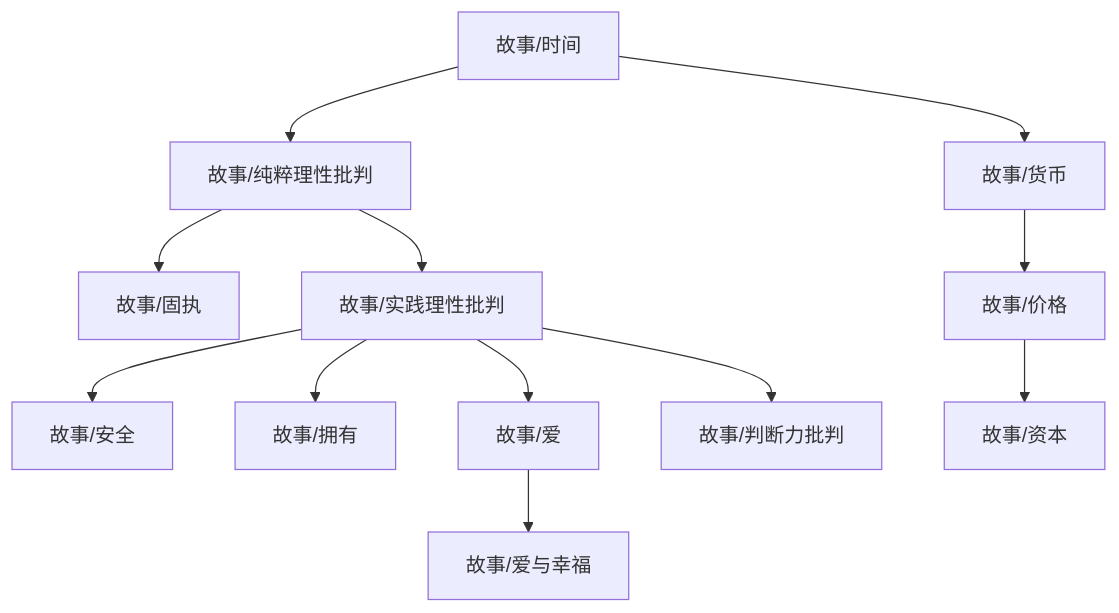
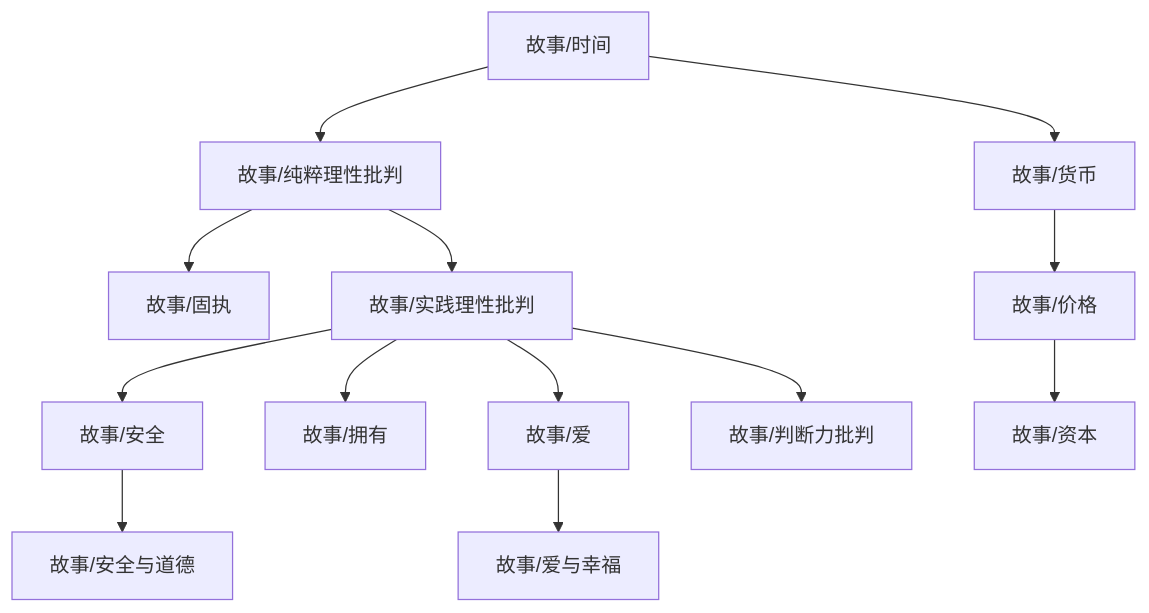
The diagram in content/故事/dependency_graph.md (zeroDtree/zeroDtree.github.io), drawn with Mermaid before and after one commit. The commit also changed 4 other files, not shown here.

````diff
--- a/content/故事/dependency_graph.md
+++ b/content/故事/dependency_graph.md
@@ -1,14 +1,15 @@
 ```mermaid
 graph TD
 1["故事/纯粹理性批判"] --> 0["故事/固执"]
 3["故事/价格"] --> 2["故事/资本"]
 1["故事/纯粹理性批判"] --> 4["故事/实践理性批判"]
 5["故事/时间"] --> 1["故事/纯粹理性批判"]
 4["故事/实践理性批判"] --> 6["故事/安全"]
 4["故事/实践理性批判"] --> 7["故事/拥有"]
 4["故事/实践理性批判"] --> 8["故事/爱"]
 9["故事/货币"] --> 3["故事/价格"]
-8["故事/爱"] --> 11["故事/爱与幸福"]
+6["故事/安全"] --> 11["故事/安全与道德"]
+8["故事/爱"] --> 12["故事/爱与幸福"]
 5["故事/时间"] --> 9["故事/货币"]
-4["故事/实践理性批判"] --> 12["故事/判断力批判"]
+4["故事/实践理性批判"] --> 13["故事/判断力批判"]
 ```
````
